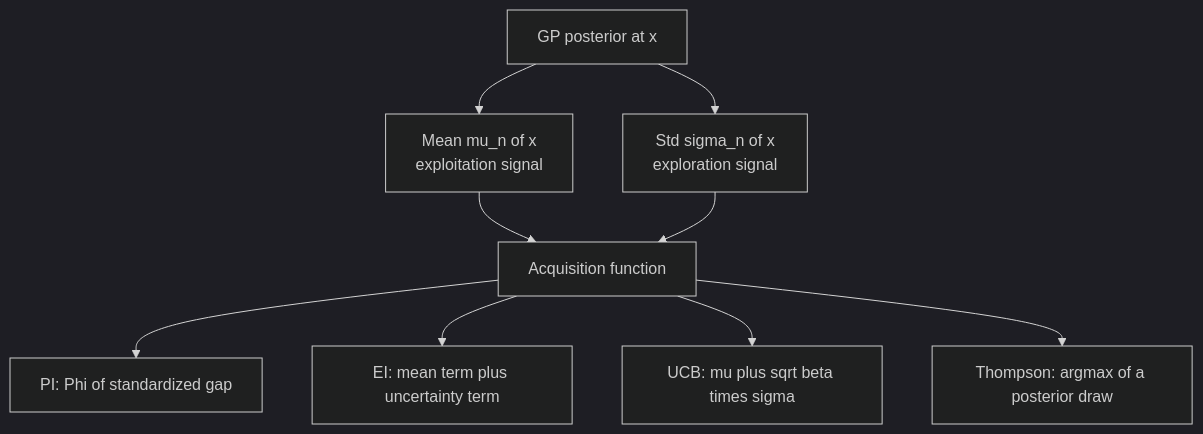
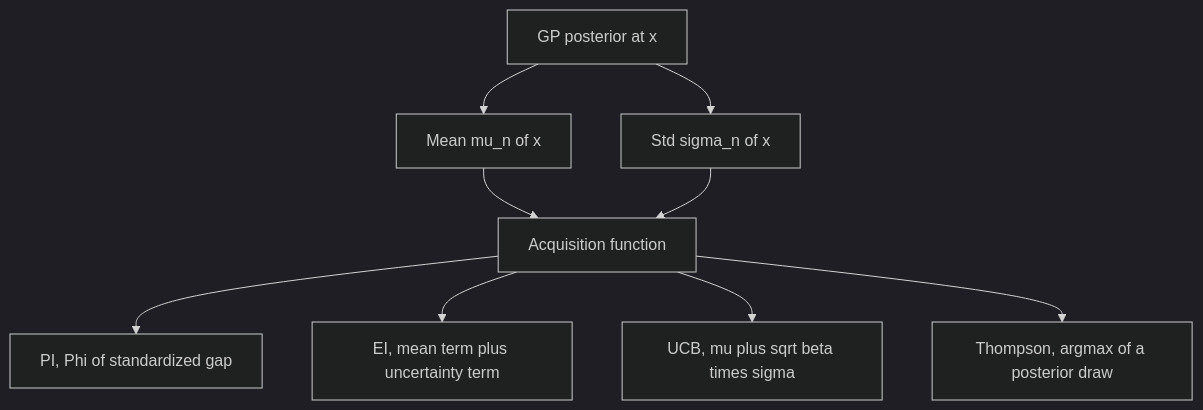
The second of 2 diagrams in 116-bayesian-optimization.qmd (mikenguyen13/ai_in_action), drawn with Mermaid (dark theme) before and after one commit. The commit also changed other lines of this file and 52 other files, not shown here.

Commit message:
Fix Mermaid rendering in 22 chapters: remove ampersands and br tags from node labels, move detail to tables

````diff
--- a/116-bayesian-optimization.qmd
+++ b/116-bayesian-optimization.qmd
@@ -111,11 +118,11 @@
 ```{mermaid}
 flowchart TD
-    P[GP posterior at x] --> M[Mean mu_n of x<br/>exploitation signal]
-    P --> S[Std sigma_n of x<br/>exploration signal]
-    M --> A[Acquisition function]
+    P["GP posterior at x"] --> M["Mean mu_n of x"]
+    P --> S["Std sigma_n of x"]
+    M --> A["Acquisition function"]
     S --> A
-    A --> PI[PI: Phi of standardized gap]
-    A --> EI[EI: mean term plus uncertainty term]
-    A --> UCB[UCB: mu plus sqrt beta times sigma]
-    A --> TS[Thompson: argmax of a posterior draw]
+    A --> PI["PI, Phi of standardized gap"]
+    A --> EI["EI, mean term plus uncertainty term"]
+    A --> UCB["UCB, mu plus sqrt beta times sigma"]
+    A --> TS["Thompson, argmax of a posterior draw"]
 ```
````
